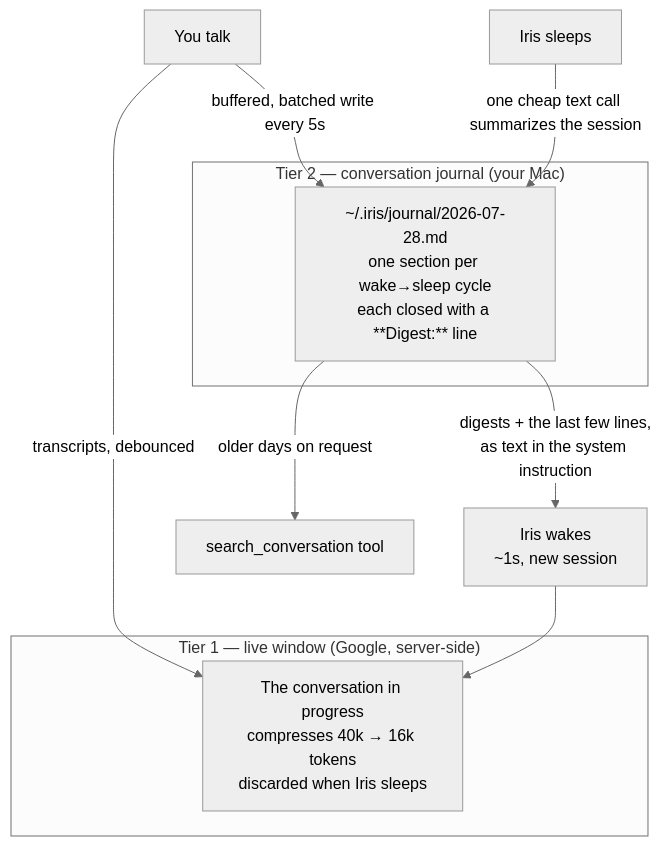
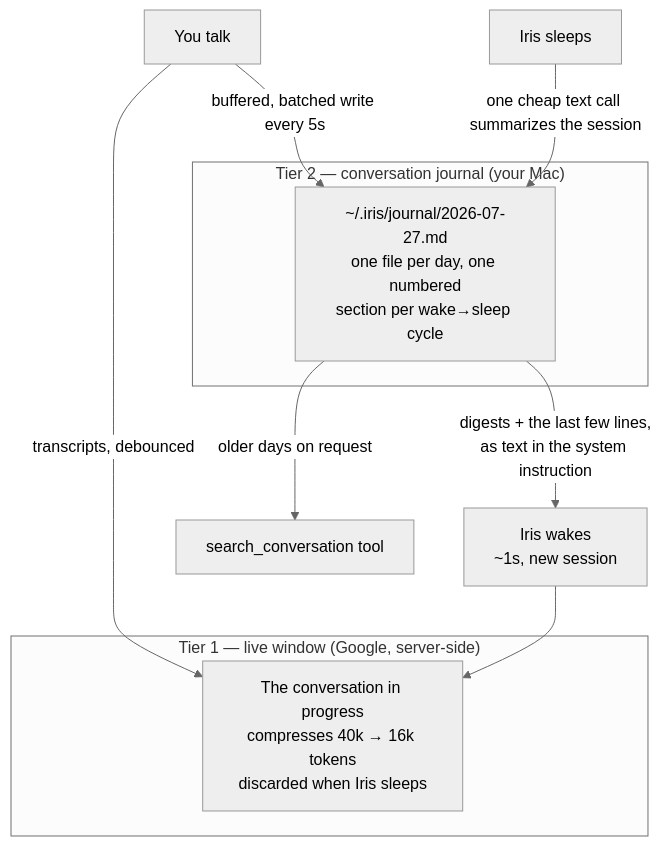
Before and after one commit to ASHR12/iris: the second of 2 diagrams in README.md, drawn with Mermaid (neutral theme). The commit also changed other lines of this file and 6 other files, not shown here.

````diff
--- a/README.md
+++ b/README.md
@@ -337,15 +337,15 @@
 ```mermaid
 flowchart TB
   subgraph live["Tier 1 — live window (Google, server-side)"]
     W["The conversation in progress<br/>compresses 40k → 16k tokens<br/>discarded when Iris sleeps"]
   end
   subgraph disk["Tier 2 — conversation journal (your Mac)"]
-    F["~/.iris/journal/2026-07-28.md<br/>one section per wake→sleep cycle<br/>each closed with a **Digest:** line"]
+    F["~/.iris/journal/2026-07-27.md<br/>one file per day, one numbered<br/>section per wake→sleep cycle"]
   end
   Talk["You talk"] -->|"transcripts, debounced"| W
   Talk -->|"buffered, batched write every 5s"| F
   Sleep["Iris sleeps"] -->|"one cheap text call summarizes the session"| F
   F -->|"digests + the last few lines,<br/>as text in the system instruction"| Wake["Iris wakes<br/>~1s, new session"]
   Wake --> W
   F -->|"older days on request"| Tool["search_conversation tool"]
 ```
````
